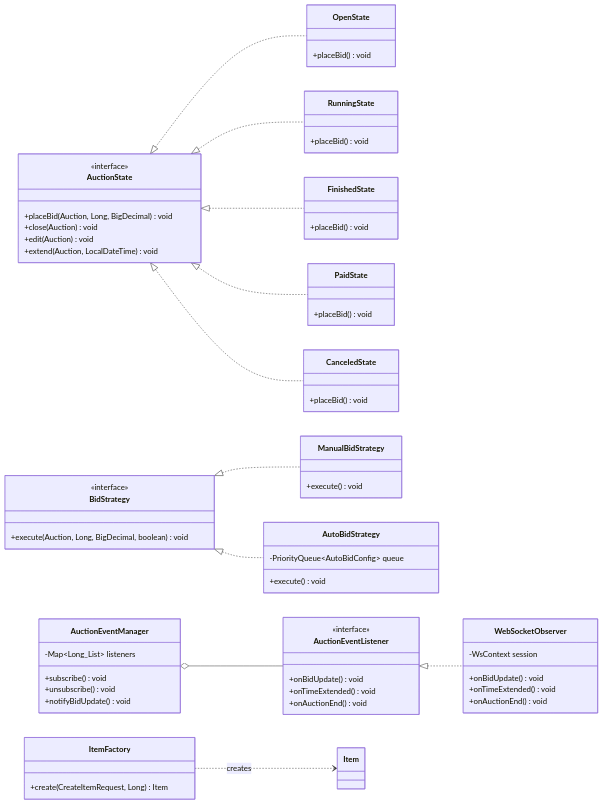
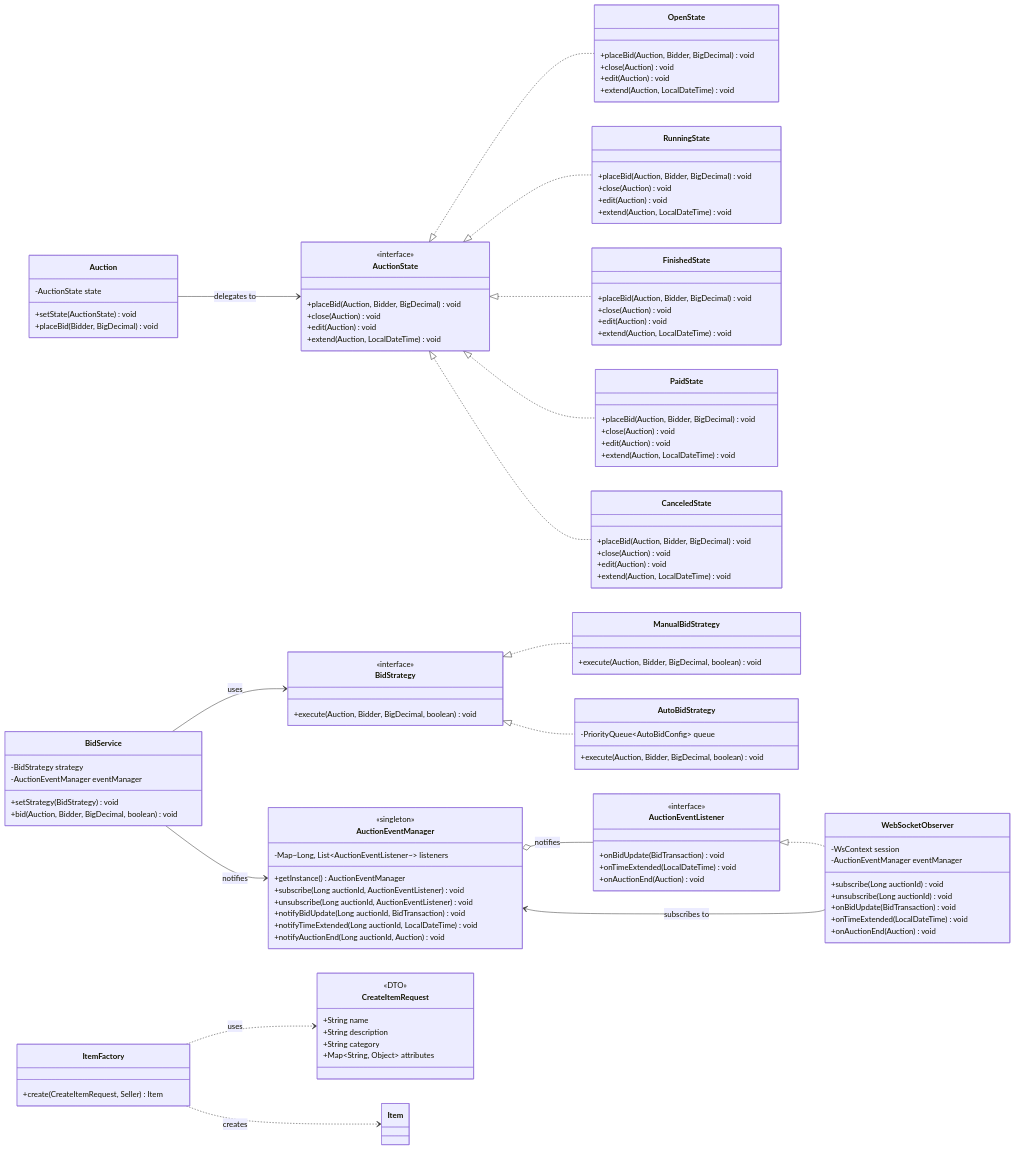
The third of 5 diagrams in README.md (kieran-labs/oop-course-project-uet), drawn with Mermaid before and after one commit. The commit also changed other lines of this file, not shown here.

````diff
--- a/README.md
+++ b/README.md
@@ -209,68 +280,120 @@
 ```mermaid
 classDiagram
     direction LR
+
     class AuctionState {
         <<interface>>
-        +placeBid(Auction, Long, BigDecimal) void
+        +placeBid(Auction, Bidder, BigDecimal) void
         +close(Auction) void
         +edit(Auction) void
         +extend(Auction, LocalDateTime) void
     }
     class OpenState {
-        +placeBid() void
+        +placeBid(Auction, Bidder, BigDecimal) void
+        +close(Auction) void
+        +edit(Auction) void
+        +extend(Auction, LocalDateTime) void
     }
     class RunningState {
-        +placeBid() void
+        +placeBid(Auction, Bidder, BigDecimal) void
+        +close(Auction) void
+        +edit(Auction) void
+        +extend(Auction, LocalDateTime) void
     }
     class FinishedState {
-        +placeBid() void
+        +placeBid(Auction, Bidder, BigDecimal) void
+        +close(Auction) void
+        +edit(Auction) void
+        +extend(Auction, LocalDateTime) void
     }
     class PaidState {
-        +placeBid() void
+        +placeBid(Auction, Bidder, BigDecimal) void
+        +close(Auction) void
+        +edit(Auction) void
+        +extend(Auction, LocalDateTime) void
     }
     class CanceledState {
-        +placeBid() void
+        +placeBid(Auction, Bidder, BigDecimal) void
+        +close(Auction) void
+        +edit(Auction) void
+        +extend(Auction, LocalDateTime) void
     }
+    class Auction {
+        -AuctionState state
+        +setState(AuctionState) void
+        +placeBid(Bidder, BigDecimal) void
+    }
+
     AuctionState <|.. OpenState
     AuctionState <|.. RunningState
     AuctionState <|.. FinishedState
     AuctionState <|.. PaidState
     AuctionState <|.. CanceledState
+    Auction --> AuctionState : delegates to
+
     class BidStrategy {
         <<interface>>
-        +execute(Auction, Long, BigDecimal, boolean) void
+        +execute(Auction, Bidder, BigDecimal, boolean) void
     }
     class ManualBidStrategy {
-        +execute() void
+        +execute(Auction, Bidder, BigDecimal, boolean) void
     }
     class AutoBidStrategy {
         -PriorityQueue~AutoBidConfig~ queue
-        +execute() void
+        +execute(Auction, Bidder, BigDecimal, boolean) void
     }
+    class BidService {
+        -BidStrategy strategy
+        -AuctionEventManager eventManager
+        +setStrategy(BidStrategy) void
+        +bid(Auction, Bidder, BigDecimal, boolean) void
+    }
+
     BidStrategy <|.. ManualBidStrategy
     BidStrategy <|.. AutoBidStrategy
+    BidService --> BidStrategy : uses
+    BidService --> AuctionEventManager : notifies
+
     class AuctionEventListener {
         <<interface>>
-        +onBidUpdate() void
-        +onTimeExtended() void
-        +onAuctionEnd() void
+        +onBidUpdate(BidTransaction) void
+        +onTimeExtended(LocalDateTime) void
+        +onAuctionEnd(Auction) void
     }
     class AuctionEventManager {
-        -Map~Long_List~ listeners
-        +subscribe() void
-        +unsubscribe() void
-        +notifyBidUpdate() void
+        <<singleton>>
+        -Map~Long, List~AuctionEventListener~~ listeners
+        +getInstance() AuctionEventManager
+        +subscribe(Long auctionId, AuctionEventListener) void
+        +unsubscribe(Long auctionId, AuctionEventListener) void
+        +notifyBidUpdate(Long auctionId, BidTransaction) void
+        +notifyTimeExtended(Long auctionId, LocalDateTime) void
+        +notifyAuctionEnd(Long auctionId, Auction) void
     }
     class WebSocketObserver {
         -WsContext session
-        +onBidUpdate() void
-        +onTimeExtended() void
-        +onAuctionEnd() void
+        -AuctionEventManager eventManager
+        +subscribe(Long auctionId) void
+        +unsubscribe(Long auctionId) void
+        +onBidUpdate(BidTransaction) void
+        +onTimeExtended(LocalDateTime) void
+        +onAuctionEnd(Auction) void
+    }
+
+    class CreateItemRequest {
+        <<DTO>>
+        +String name
+        +String description
+        +String category
+        +Map~String, Object~ attributes
     }
     class ItemFactory {
-        +create(CreateItemRequest, Long) Item
+        +create(CreateItemRequest, Seller) Item
     }
+
     AuctionEventListener <|.. WebSocketObserver
-    AuctionEventManager o-- AuctionEventListener
+    AuctionEventManager o-- AuctionEventListener : notifies
+    WebSocketObserver --> AuctionEventManager : subscribes to
+    ItemFactory ..> CreateItemRequest : uses
     ItemFactory ..> Item : creates
 ```
````
